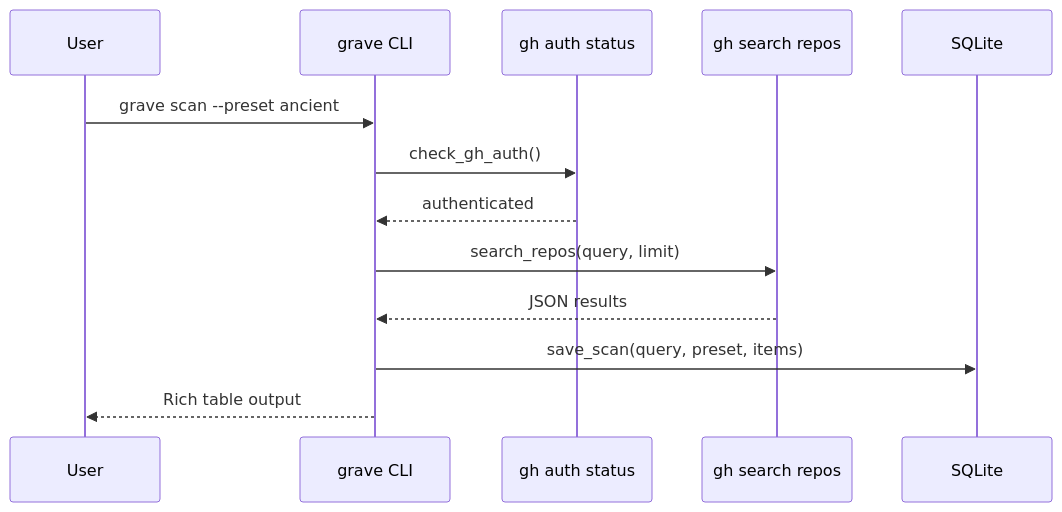
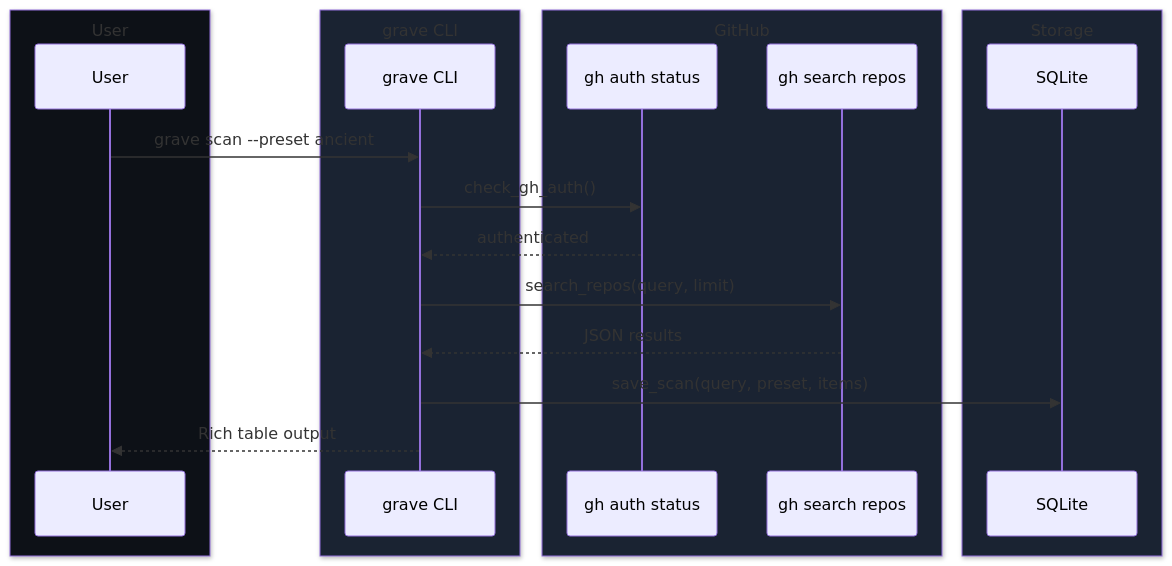
One commit to ul0gic/grave changed the second of 2 diagrams in README.md. Above: the diagram before and after it, drawn with Mermaid. The commit also changed other lines of this file and 1 other file, not shown here.

Commit message:
Update README: swap ASCII art for grave.png, add color theming to mermaid diagrams

````diff
--- a/README.md
+++ b/README.md
@@ -166,16 +157,24 @@
 ```mermaid
 sequenceDiagram
-    participant User
-    participant CLI as grave CLI
-    participant Auth as gh auth status
-    participant Search as gh search repos
-    participant DB as SQLite
+    box rgb(13,17,23) User
+        participant User
+    end
+    box rgb(26,35,50) grave CLI
+        participant CLI as grave CLI
+    end
+    box rgb(26,35,50) GitHub
+        participant Auth as gh auth status
+        participant Search as gh search repos
+    end
+    box rgb(26,35,50) Storage
+        participant DB as SQLite
+    end
 
     User->>CLI: grave scan --preset ancient
     CLI->>Auth: check_gh_auth()
     Auth-->>CLI: authenticated
     CLI->>Search: search_repos(query, limit)
     Search-->>CLI: JSON results
     CLI->>DB: save_scan(query, preset, items)
     CLI-->>User: Rich table output
 ```
````
